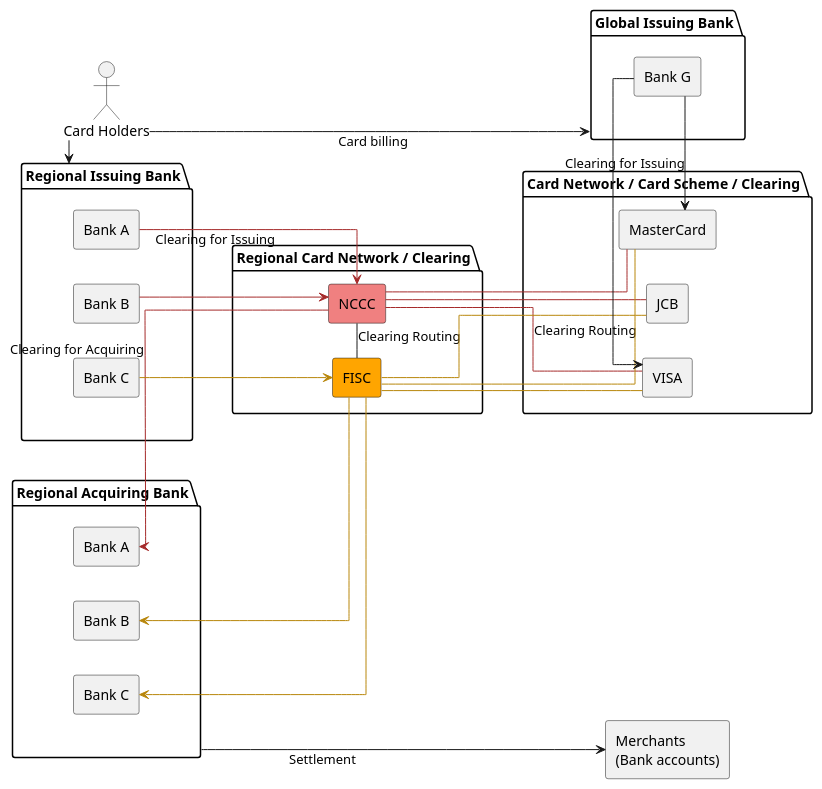
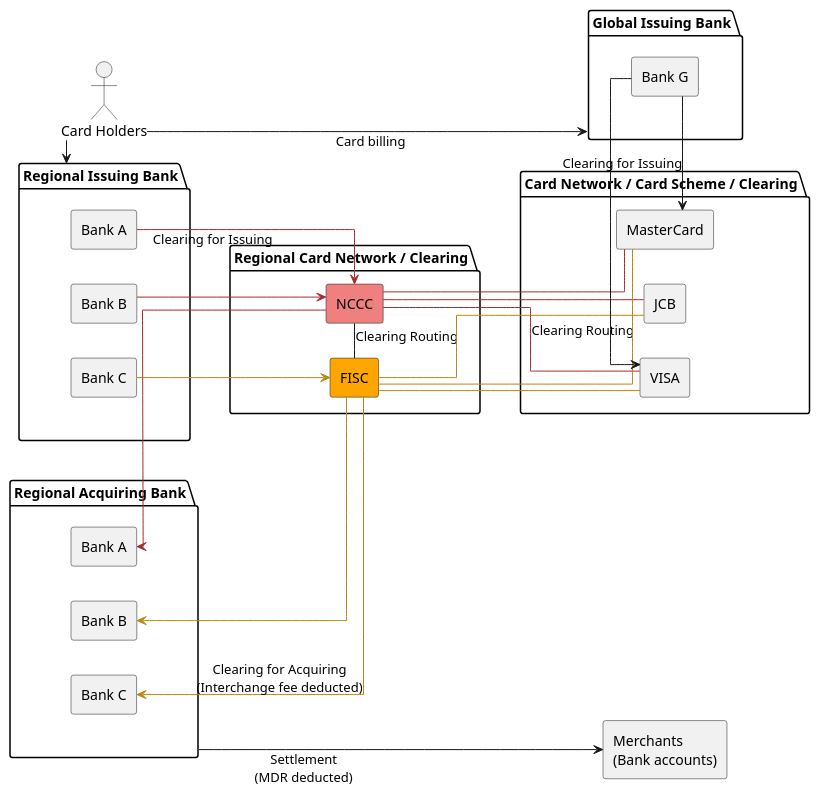
Before and after one commit to yidas/web-service-architectures: the diagram in payment/local-card-services-clearing.plantuml, drawn with PlantUML.

```diff
--- a/payment/local-card-services-clearing.plantuml
+++ b/payment/local-card-services-clearing.plantuml
@@ -1,53 +1,53 @@
 @startuml
 skinparam linetype polyline
 skinparam linetype ortho
 left to right direction
 
 actor "Card Holders" as user
 agent "Merchants \n(Bank accounts)" as merchant
 package "Card Network / Card Scheme / Clearing" as ccnet {
   agent "VISA" as visa
   agent "MasterCard" as mc
   agent "JCB" as jcb
 }
 package "Regional Card Network / Clearing" as ccnet_local {
   agent "NCCC" as nccc #lightcoral
   agent "FISC" as fisc #orange
 }
 package "Global Issuing Bank" as issuer_global {
   agent "Bank G" as issuer_global_a
 }
 package "Regional Issuing Bank" as issuer_local {
   agent "Bank A" as issuer_a
   agent "Bank C" as issuer_b
   agent "Bank B" as issuer_c
 }
 package "Regional Acquiring Bank" as acquirer_local {
   agent "Bank A" as acquirer_a
   agent "Bank C" as acquirer_b
   agent "Bank B" as acquirer_c
 }
 
 nccc - fisc: Clearing Routing
 nccc --[#brown] visa: Clearing Routing
 nccc --[#brown] mc
 nccc --[#brown] jcb
 fisc --[#darkGoldenRod] visa
 fisc --[#darkGoldenRod] mc
 fisc -[#darkGoldenRod] jcb
 
 issuer_a --[#brown]> nccc: Clearing for Issuing
-acquirer_a <--[#brown] nccc: Clearing for Acquiring
+acquirer_a <--[#brown] nccc
 issuer_b --[#darkGoldenRod]> fisc
-acquirer_b <--[#darkGoldenRod] fisc
+acquirer_b <--[#darkGoldenRod] fisc: Clearing for Acquiring\n(Interchange fee deducted)
 issuer_c --[#brown]> nccc
 acquirer_c <--[#darkGoldenRod] fisc
 
 issuer_global_a -right-> visa
 issuer_global_a -right-> mc: Clearing for Issuing
 
-acquirer_local ---> merchant: Settlement
+acquirer_local ---> merchant: Settlement\n(MDR deducted)
 
 user --> issuer_global: Card billing
 user -> issuer_local
 @enduml
```
